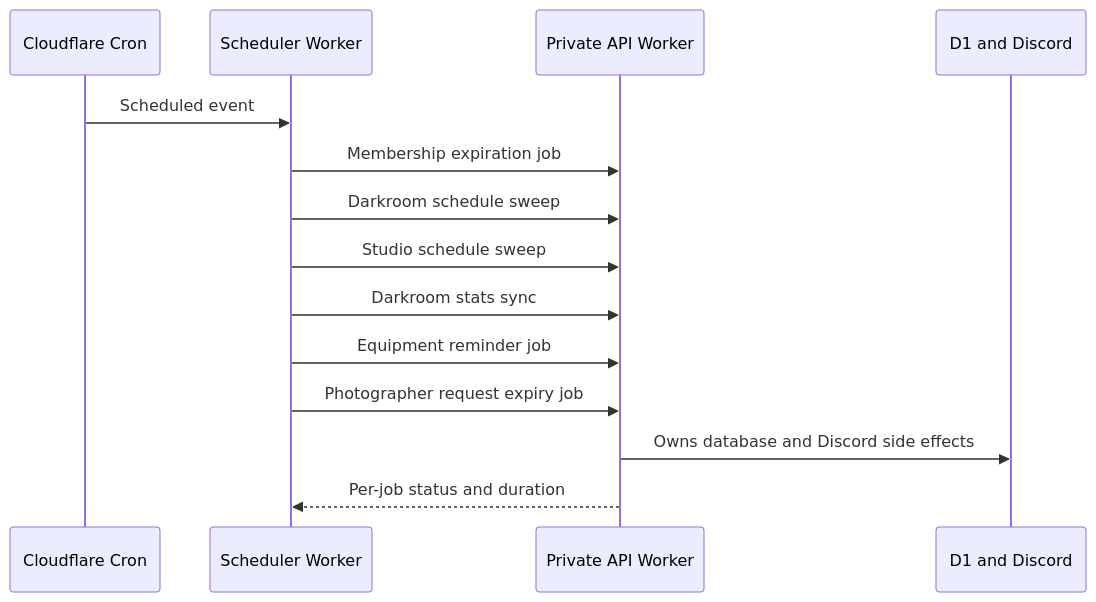
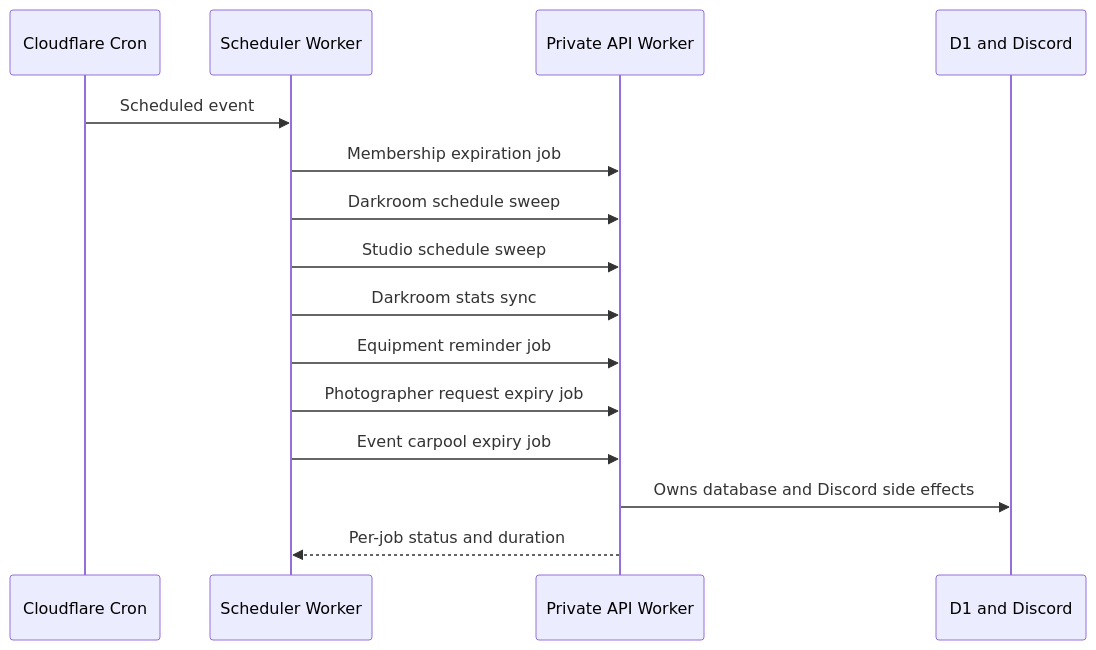
Before and after one commit to PurduePhotographyClub/purdue-photo-scheduler-worker: the diagram in README.md, drawn with Mermaid. The commit also changed other lines of this file and 2 other files, not shown here.

Commit message:
feat: schedule event carpool expiry (#24)

````diff
--- a/README.md
+++ b/README.md
@@ -20,17 +20,18 @@
 ```mermaid
 sequenceDiagram
   participant Cron as Cloudflare Cron
   participant Scheduler as Scheduler Worker
   participant API as Private API Worker
   participant Data as D1 and Discord
 
   Cron->>Scheduler: Scheduled event
   Scheduler->>API: Membership expiration job
   Scheduler->>API: Darkroom schedule sweep
   Scheduler->>API: Studio schedule sweep
   Scheduler->>API: Darkroom stats sync
   Scheduler->>API: Equipment reminder job
   Scheduler->>API: Photographer request expiry job
+  Scheduler->>API: Event carpool expiry job
   API->>Data: Owns database and Discord side effects
   API-->>Scheduler: Per-job status and duration
 ```
````
